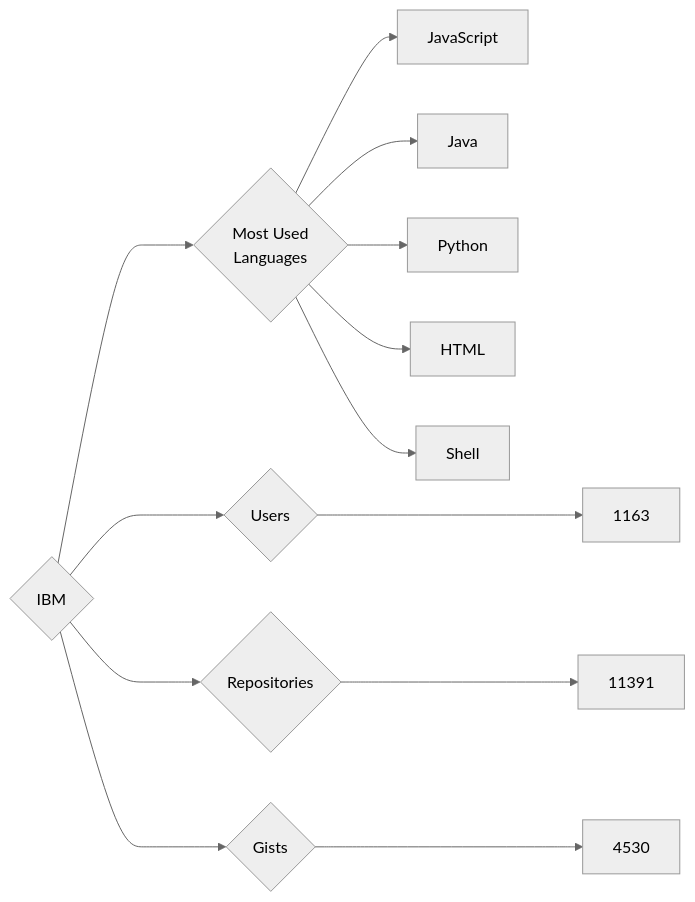
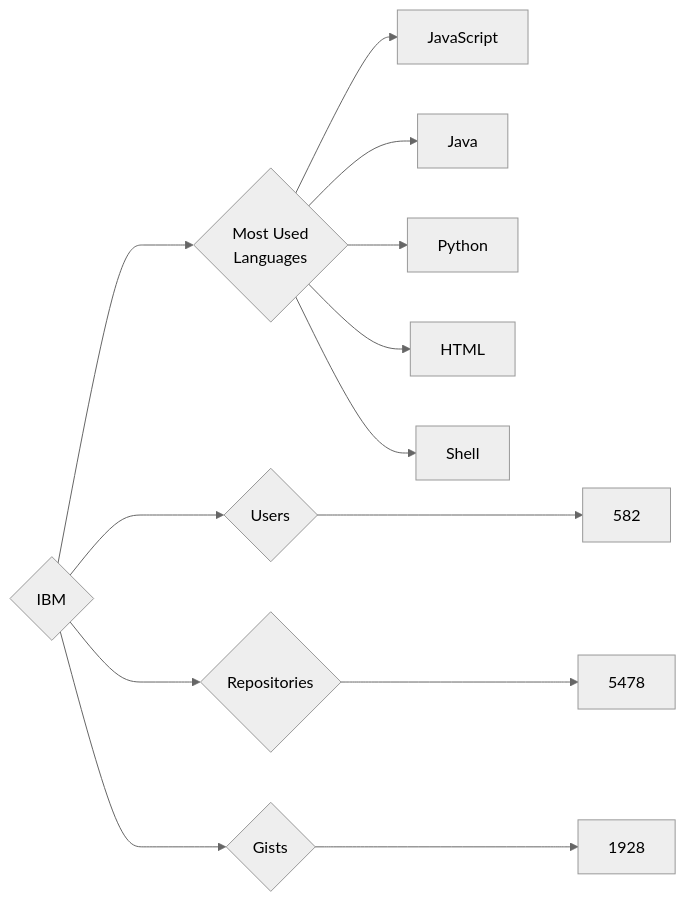
Before and after one commit to trickest/insiders: the diagram in targets/IBM/README.md, drawn with Mermaid (neutral theme). The commit also changed 657 other files, not shown here.

````diff
--- a/targets/IBM/README.md
+++ b/targets/IBM/README.md
@@ -3,13 +3,13 @@
 ```mermaid
 graph LR
 COMPANY_NAME{IBM}
-COMPANY_NAME ---> U{Users} ---> UN[1163]
-COMPANY_NAME ---> R{Repositories} ---> RN[11391]
-COMPANY_NAME ---> G{Gists} ---> GN[4530]
+COMPANY_NAME ---> U{Users} ---> UN[582]
+COMPANY_NAME ---> R{Repositories} ---> RN[5478]
+COMPANY_NAME ---> G{Gists} ---> GN[1928]
 COMPANY_NAME ---> ML{Most Used<br>Languages}
 ML --> JavaScript[JavaScript]
 ML --> Java[Java]
 ML --> Python[Python]
 ML --> HTML[HTML]
 ML --> Shell[Shell]
 ```
````
